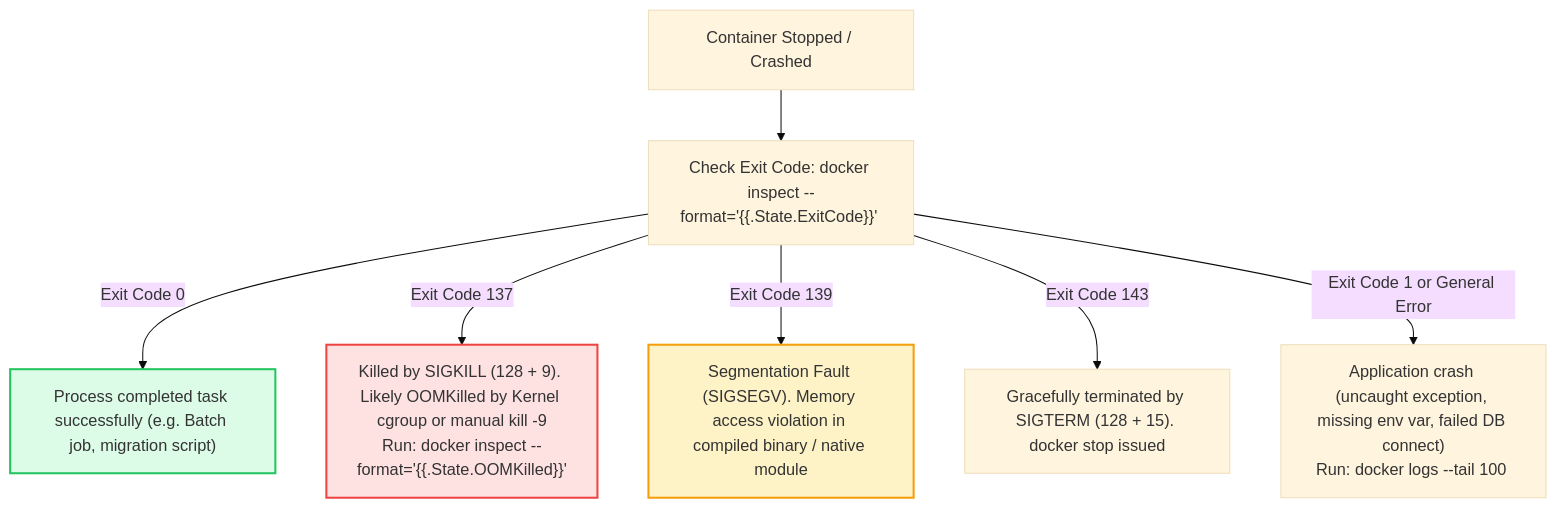
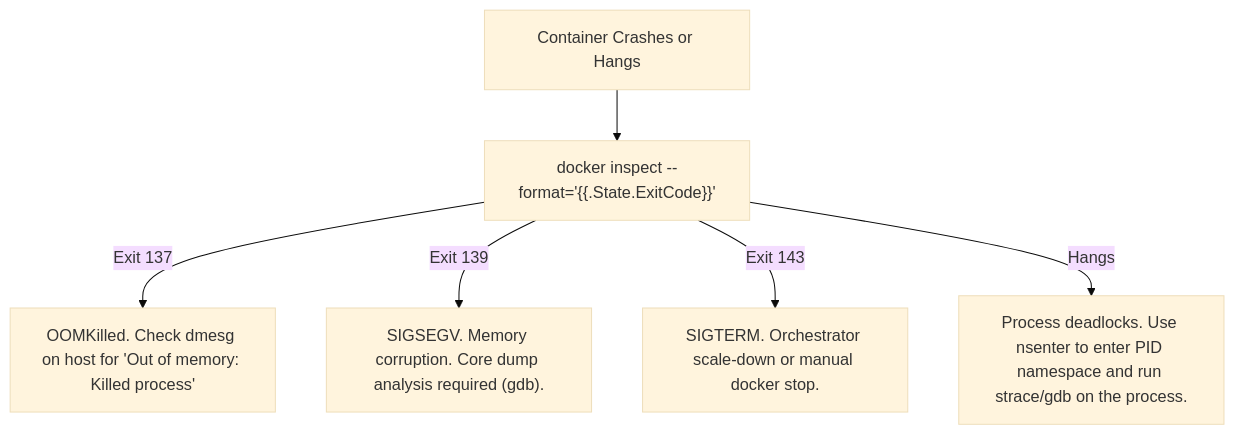
The diagram in 01-Docker/04-Interview-Questions-and-Troubleshooting.md (PandeyKishan/Study-Notes), drawn with Mermaid (base theme) before and after one commit. The commit also changed other lines of this file and 38 other files, not shown here.

````diff
--- a/01-Docker/04-Interview-Questions-and-Troubleshooting.md
+++ b/01-Docker/04-Interview-Questions-and-Troubleshooting.md
@@ -10,14 +12,9 @@
 ```mermaid
 flowchart TD
-    Start["Container Stopped / Crashed"] --> CheckExit["Check Exit Code: docker inspect --format='{{.State.ExitCode}}' <id>"]
+    Crash["Container Crashes or Hangs"] --> CheckExit["docker inspect --format='{{.State.ExitCode}}'"]
     
-    CheckExit -->|Exit Code 0| CleanExit["Process completed task successfully (e.g. Batch job, migration script)"]
-    CheckExit -->|Exit Code 137| OOM["Killed by SIGKILL (128 + 9). Likely OOMKilled by Kernel cgroup or manual kill -9\nRun: docker inspect --format='{{.State.OOMKilled}}'"]
-    CheckExit -->|Exit Code 139| SegFault["Segmentation Fault (SIGSEGV). Memory access violation in compiled binary / native module"]
-    CheckExit -->|Exit Code 143| SigTerm["Gracefully terminated by SIGTERM (128 + 15). docker stop issued"]
-    CheckExit -->|Exit Code 1 or General Error| AppErr["Application crash (uncaught exception, missing env var, failed DB connect)\nRun: docker logs --tail 100 <id>"]
-
-    style OOM fill:#fee2e2,stroke:#ef4444,stroke-width:2px
-    style CleanExit fill:#dcfce7,stroke:#22c55e,stroke-width:2px
-    style SegFault fill:#fef3c7,stroke:#f59e0b,stroke-width:2px
+    CheckExit -->|Exit 137| OOM["OOMKilled. Check dmesg on host for 'Out of memory: Killed process'"]
+    CheckExit -->|Exit 139| Segv["SIGSEGV. Memory corruption. Core dump analysis required (gdb)."]
+    CheckExit -->|Exit 143| Term["SIGTERM. Orchestrator scale-down or manual docker stop."]
+    CheckExit -->|Hangs| Strace["Process deadlocks. Use nsenter to enter PID namespace and run strace/gdb on the process."]
 ```
````
